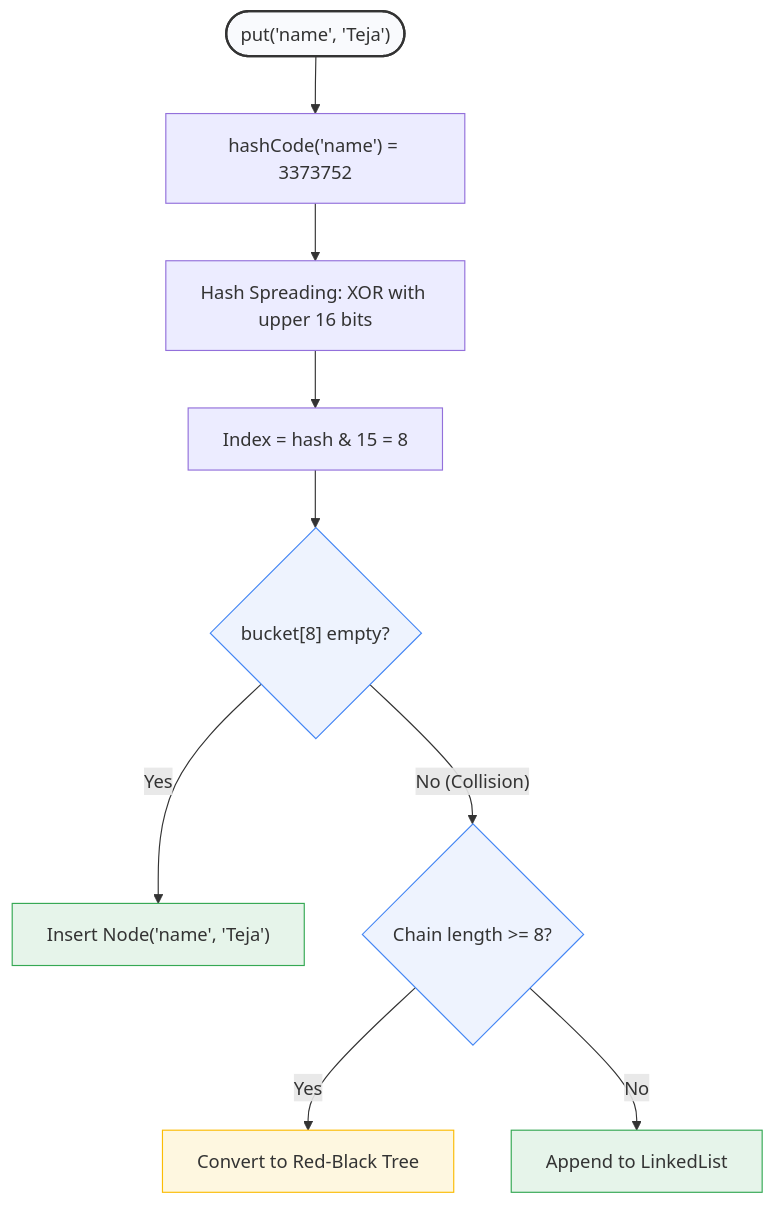
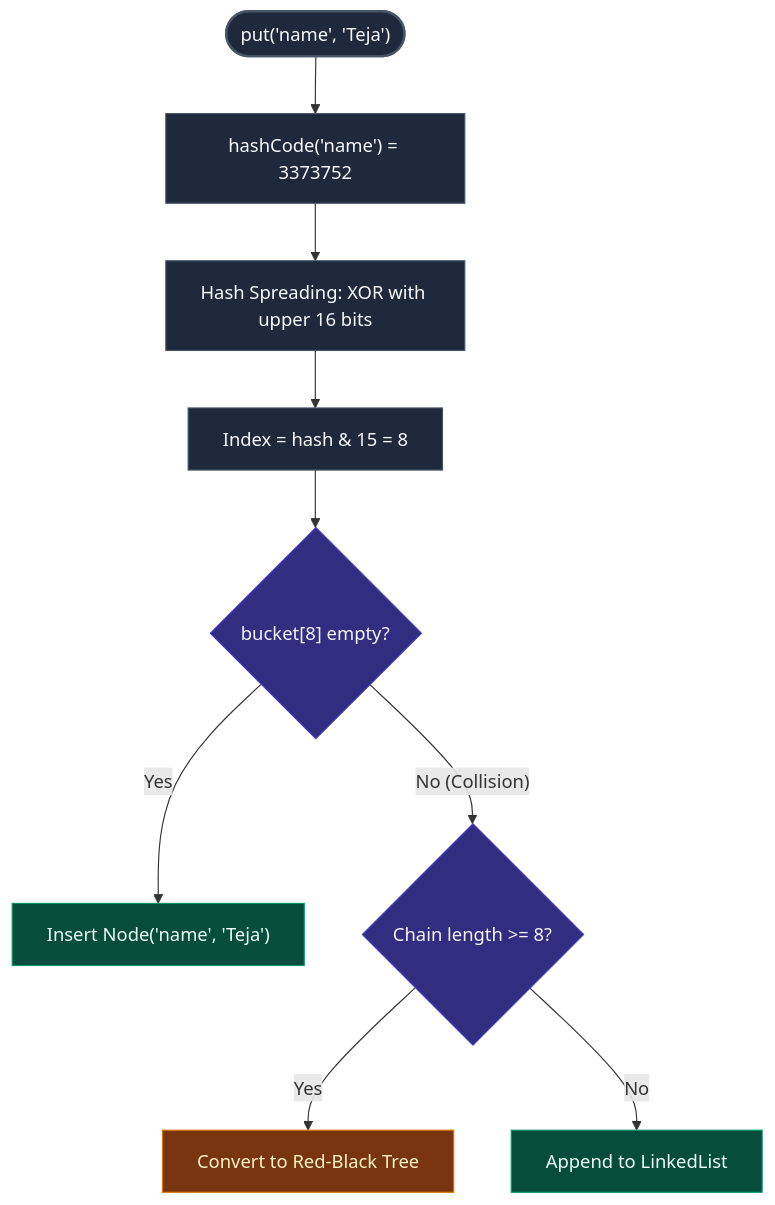
Before and after one commit to SaiTeja301/My_Interview_Preparation: the ninth of 12 diagrams in Java_jdbc_hibernate_SpringBoot/analysis/Java_Analysis.md, drawn with Mermaid. The commit also changed other lines of this file, not shown here.

Commit message:
style(mermaid): enhance all diagrams for light and dark mode compatibility

````diff
--- a/Java_jdbc_hibernate_SpringBoot/analysis/Java_Analysis.md
+++ b/Java_jdbc_hibernate_SpringBoot/analysis/Java_Analysis.md
@@ -981,20 +1013,24 @@
 ```mermaid
 graph TD
     Start(["put('name', 'Teja')"]) --> HC["hashCode('name') = 3373752"]
     HC --> HS["Hash Spreading: XOR with upper 16 bits"]
     HS --> Idx["Index = hash & 15 = 8"]
     Idx --> Cond{"bucket[8] empty?"}
 
     Cond -->|Yes| InsertNode["Insert Node('name', 'Teja')"]
     Cond -->|"No (Collision)"| ChainType{"Chain length >= 8?"}
 
     ChainType -->|Yes| Treeify["Convert to Red-Black Tree"]
     ChainType -->|No| LinkNode["Append to LinkedList"]
 
-    style Start fill:#f9fafd,stroke:#333,stroke-width:2px
-    style Cond fill:#eef3fe,stroke:#4285f4,stroke-width:1px
-    style ChainType fill:#eef3fe,stroke:#4285f4,stroke-width:1px
-    style InsertNode fill:#e6f4ea,stroke:#34a853,stroke-width:1px
-    style LinkNode fill:#e6f4ea,stroke:#34a853,stroke-width:1px
-    style Treeify fill:#fef7e0,stroke:#fbbc05,stroke-width:1px
+    classDef default fill:#1E293B,stroke:#475569,color:#F8FAFC,stroke-width:1px;
+    classDef startNode fill:#1E293B,stroke:#475569,color:#F8FAFC,stroke-width:2px;
+    classDef checkNode fill:#312E81,stroke:#4338CA,color:#F5F3FF,stroke-width:1px;
+    classDef successNode fill:#064E3B,stroke:#059669,color:#ECFDF5,stroke-width:1px;
+    classDef warningNode fill:#78350F,stroke:#D97706,color:#FEF3C7,stroke-width:1px;
+
+    class Start startNode;
+    class Cond,ChainType checkNode;
+    class InsertNode,LinkNode successNode;
+    class Treeify warningNode;
 ```
````
